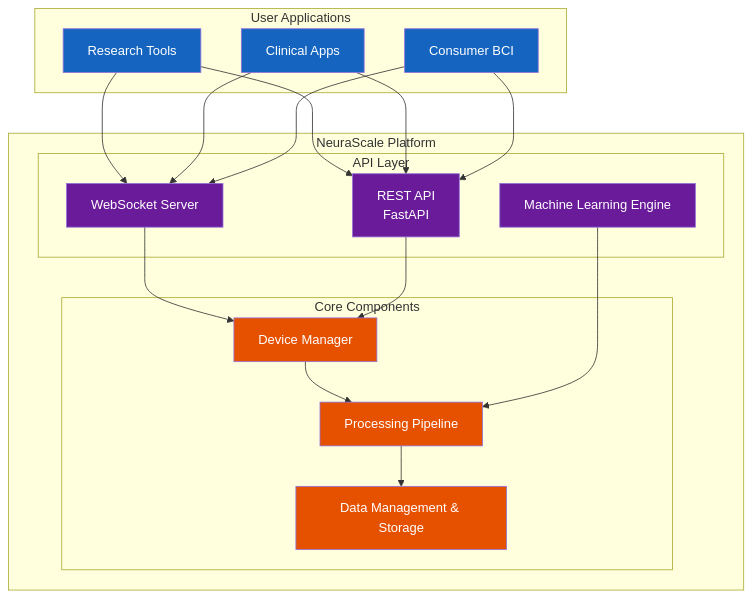
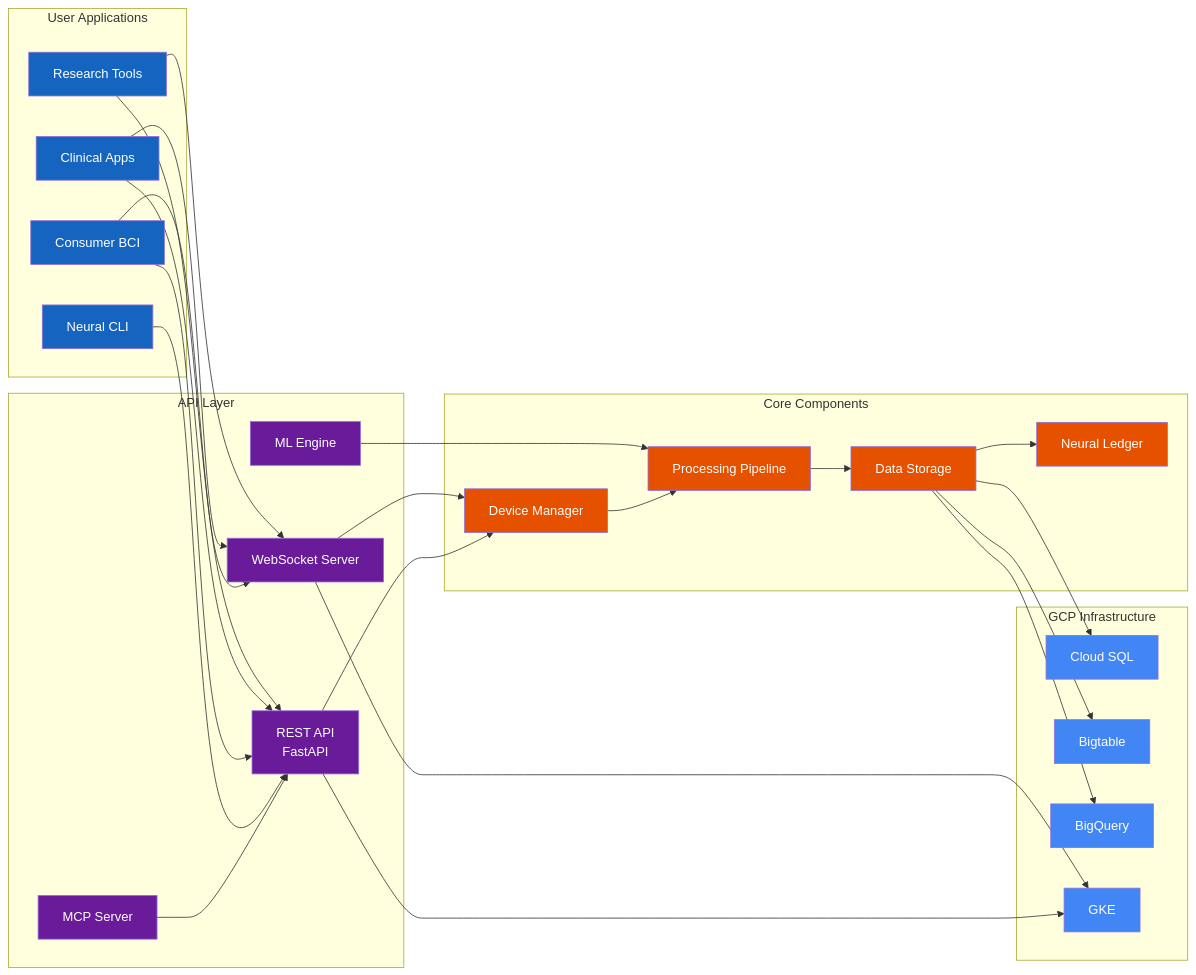
Before and after one commit to identity-wael/neurascale: the diagram in docs-nextra/src/content/index.mdx, drawn with Mermaid. The commit also changed other lines of this file and 1 other file, not shown here.

Commit message:
feat(docs): Update documentation to reflect current project state
- Updated Introduction page to show Phase 16 complete with GCP infrastructure
- Added references to MCP Server, Neural CLI, and Neural Ledger in architecture
- Fixed Core Architecture diagram to display vertically using flowchart LR
- Updated Get Started page with GCP deployment instructions and Neural CLI examples
- Changed future phase dates from 2025 to 2026
- Updated project structure to show all current components

🤖 Generated with [Claude Code](https://claude.ai/code)

````diff
--- a/docs-nextra/src/content/index.mdx
+++ b/docs-nextra/src/content/index.mdx
@@ -21,46 +21,70 @@
 ```mermaid
-graph TB
+flowchart LR
     subgraph "User Applications"
         A1[Research Tools]
         A2[Clinical Apps]
         A3[Consumer BCI]
+        A4[Neural CLI]
     end
 
-    subgraph "NeuraScale Platform"
-        subgraph "Core Components"
-            B1[Device Manager]
-            B2[Processing Pipeline]
-            B3[Data Management & Storage]
-        end
+    subgraph "API Layer"
+        C1[WebSocket Server]
+        C2[REST API<br/>FastAPI]
+        C3[ML Engine]
+        C4[MCP Server]
+    end
 
-        subgraph "API Layer"
-            C1[WebSocket Server]
-            C2[REST API<br/>FastAPI]
-            C3[Machine Learning Engine]
-        end
+    subgraph "Core Components"
+        B1[Device Manager]
+        B2[Processing Pipeline]
+        B3[Data Storage]
+        B4[Neural Ledger]
+    end
+
+    subgraph "GCP Infrastructure"
+        D1[Cloud SQL]
+        D2[Bigtable]
+        D3[BigQuery]
+        D4[GKE]
     end
 
     A1 --> C1
     A1 --> C2
     A2 --> C1
     A2 --> C2
     A3 --> C1
     A3 --> C2
-
-    B1 --> B2
-    B2 --> B3
+    A4 --> C2
 
     C1 --> B1
     C2 --> B1
     C3 --> B2
+    C4 --> C2
+
+    B1 --> B2
+    B2 --> B3
+    B3 --> B4
+
+    B3 --> D1
+    B3 --> D2
+    B3 --> D3
+    C1 --> D4
+    C2 --> D4
 
     style A1 fill:#1565c0,color:#ffffff
     style A2 fill:#1565c0,color:#ffffff
     style A3 fill:#1565c0,color:#ffffff
+    style A4 fill:#1565c0,color:#ffffff
     style B1 fill:#e65100,color:#ffffff
     style B2 fill:#e65100,color:#ffffff
     style B3 fill:#e65100,color:#ffffff
+    style B4 fill:#e65100,color:#ffffff
     style C1 fill:#6a1b9a,color:#ffffff
     style C2 fill:#6a1b9a,color:#ffffff
     style C3 fill:#6a1b9a,color:#ffffff
+    style C4 fill:#6a1b9a,color:#ffffff
+    style D1 fill:#4285f4,color:#ffffff
+    style D2 fill:#4285f4,color:#ffffff
+    style D3 fill:#4285f4,color:#ffffff
+    style D4 fill:#4285f4,color:#ffffff
 ```
````
